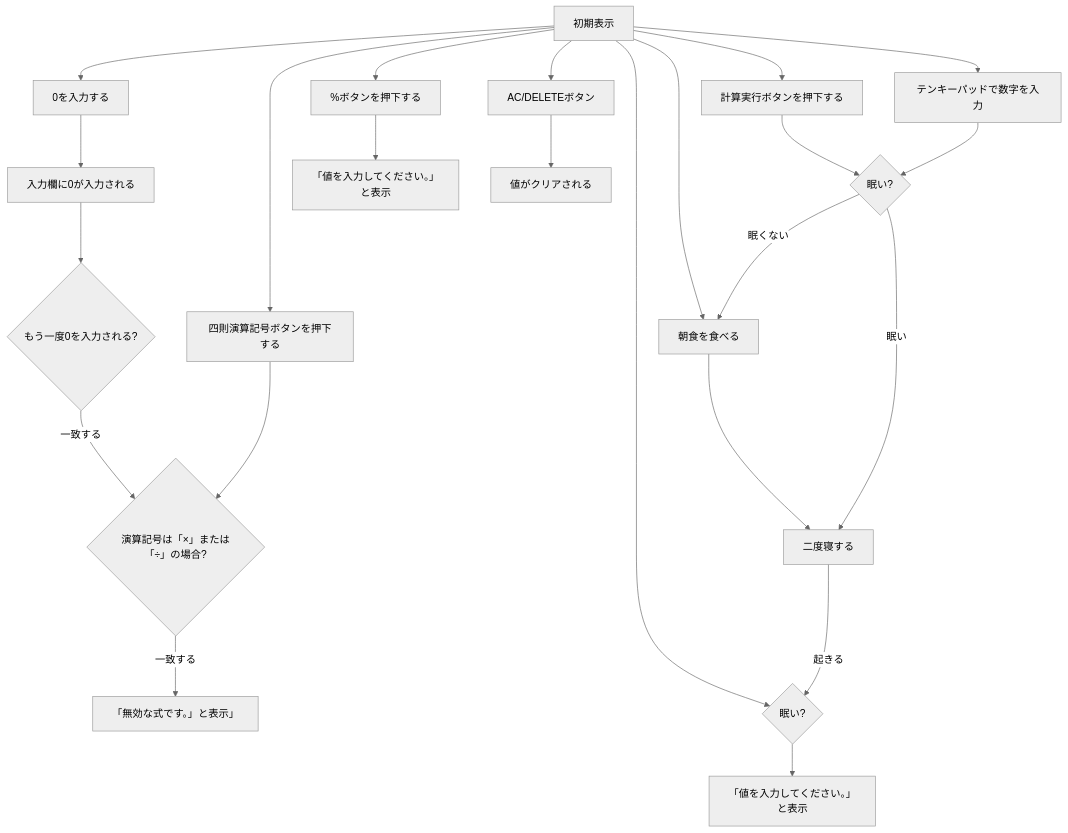
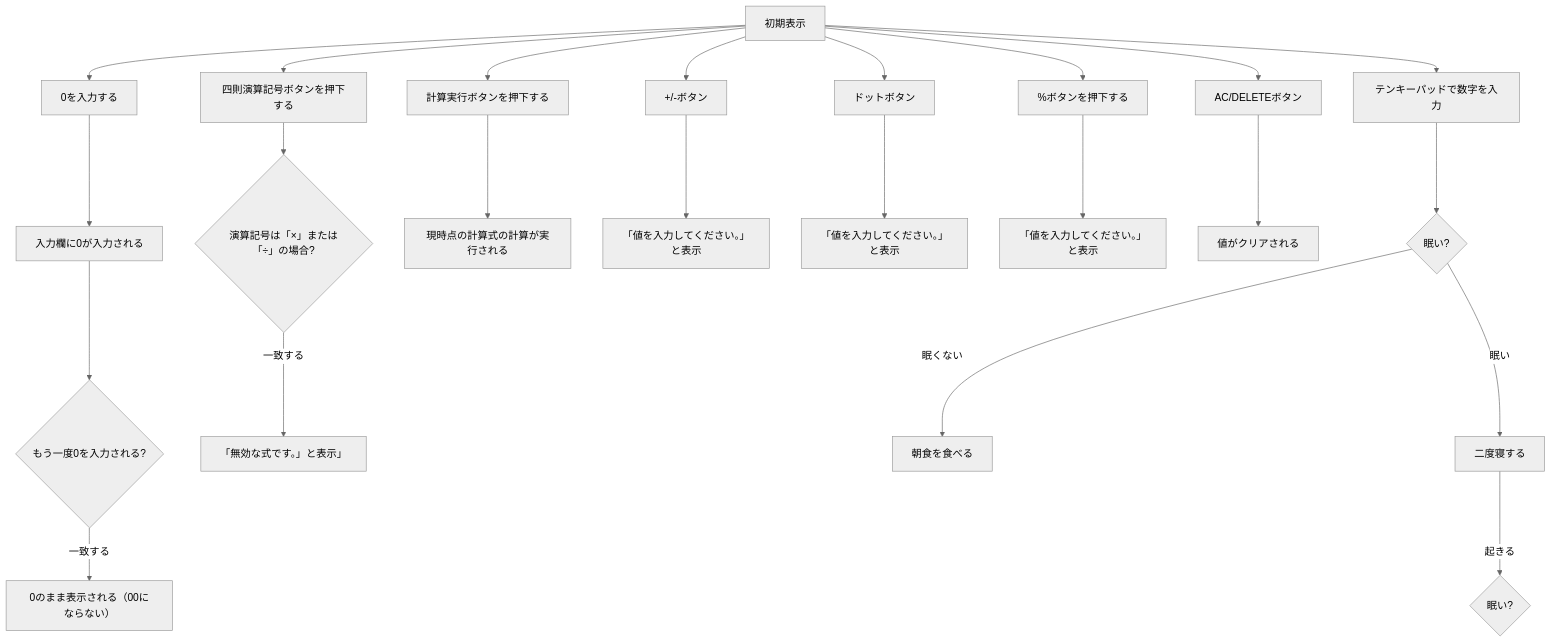
One commit to N3question/jsp-servlet-calculator changed the diagram in 基本設計書.md. Above: the diagram before and after it, drawn with Mermaid (neutral theme).

````diff
--- a/基本設計書.md
+++ b/基本設計書.md
@@ -73,15 +73,15 @@
 ```mermaid
 flowchart TB
     A[初期表示] --> B[0を入力する] --> C[入力欄に0が入力される] -->
     D{もう一度0を入力される?} -- 一致する --> E[0のまま表示される（00にならない）]
     A[初期表示] --> F[四則演算記号ボタンを押下する] -->
-    E{演算記号は「×」または「÷」の場合?} -- 一致する --> G[「無効な式です。」と表示」]
-    A[初期表示] --> H[計算実行ボタンを押下する] --> I[現時点の計算式の計算が実行される]
-    A[初期表示] --> J[+/-ボタン] --> K[「値を入力してください。」と表示]
-    A[初期表示] --> L[ドットボタン] --> M[「値を入力してください。」と表示]
-    A[初期表示] --> N[%ボタンを押下する] --> O[「値を入力してください。」と表示]
-    A[初期表示] --> P[AC/DELETEボタン] --> Q[値がクリアされる]
-    A[初期表示] --> R[テンキーパッドで数字を入力] -->
-    I{眠い?} -- 眠くない --> J[朝食を食べる]
-    I{眠い?} -- 眠い --> K[二度寝する] -- 起きる --> L{眠い?}
+    G{演算記号は「×」または「÷」の場合?} -- 一致する --> H[「無効な式です。」と表示」]
+    A[初期表示] --> I[計算実行ボタンを押下する] --> J[現時点の計算式の計算が実行される]
+    A[初期表示] --> K[+/-ボタン] --> L[「値を入力してください。」と表示]
+    A[初期表示] --> M[ドットボタン] --> N[「値を入力してください。」と表示]
+    A[初期表示] --> O[%ボタンを押下する] --> P[「値を入力してください。」と表示]
+    A[初期表示] --> Q[AC/DELETEボタン] --> R[値がクリアされる]
+    A[初期表示] --> S[テンキーパッドで数字を入力] -->
+    T{眠い?} -- 眠くない --> U[朝食を食べる]
+    T{眠い?} -- 眠い --> V[二度寝する] -- 起きる --> W{眠い?}
 ```
````
